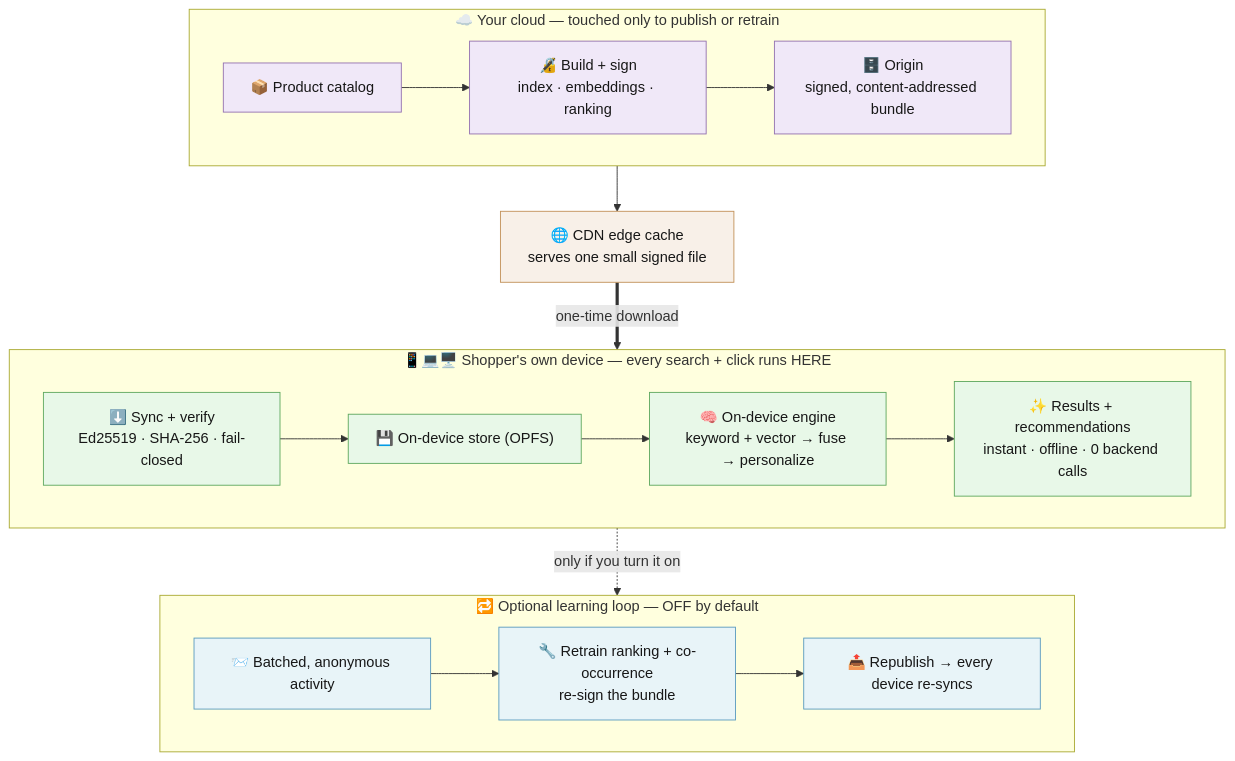
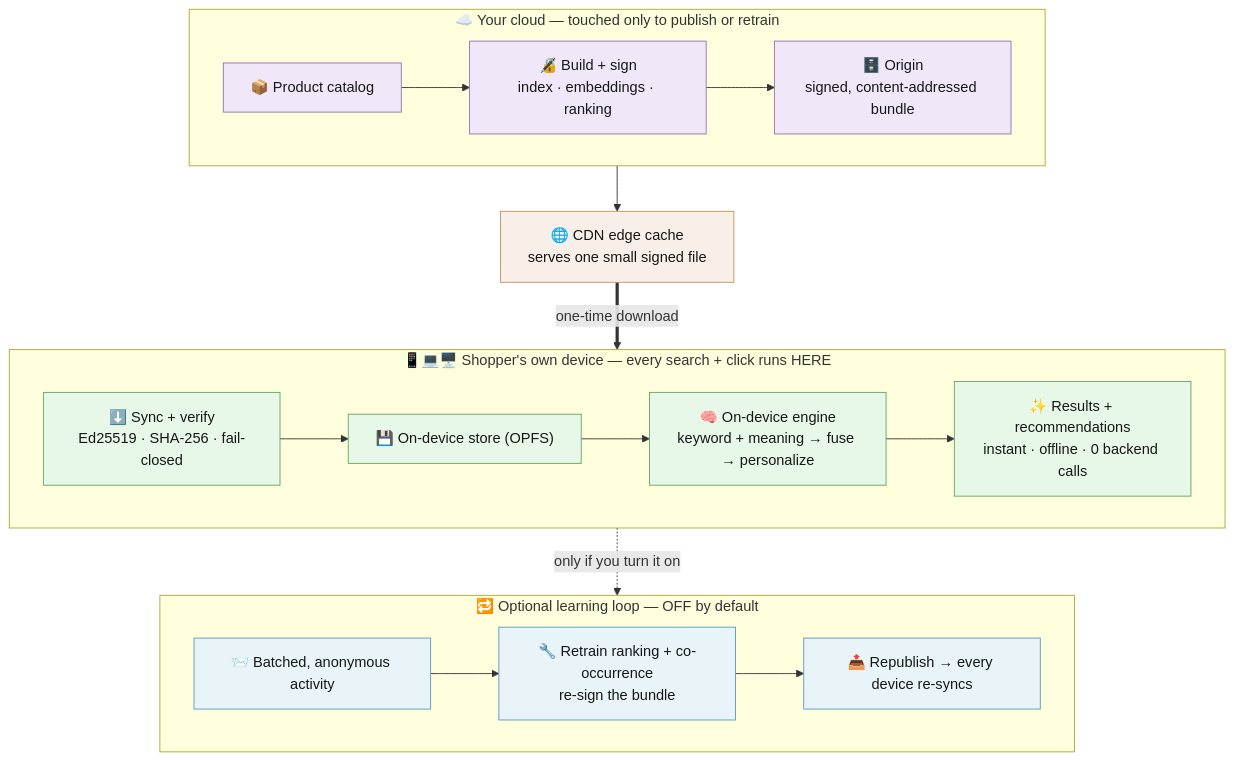
Before and after one commit to hseshadr/edge-reco: the diagram in README.md, drawn with Mermaid. The commit also changed other lines of this file and 2 other files, not shown here.

````diff
--- a/README.md
+++ b/README.md
@@ -198,26 +208,26 @@
 ```mermaid
 flowchart TB
   subgraph cloud["☁️ Your cloud — touched only to publish or retrain"]
     direction LR
     cat["📦 Product catalog"] --> build["🔏 Build + sign<br>index · embeddings · ranking"] --> origin["🗄️ Origin<br>signed, content-addressed bundle"]
   end
   origin --> edge["🌐 CDN edge cache<br>serves one small signed file"]
   edge ==>|"one-time download"| sync
   subgraph device["📱💻🖥️ Shopper's own device — every search + click runs HERE"]
     direction LR
-    sync["⬇️ Sync + verify<br>Ed25519 · SHA-256 · fail-closed"] --> opfs["💾 On-device store (OPFS)"] --> engine["🧠 On-device engine<br>keyword + vector → fuse → personalize"] --> recs["✨ Results + recommendations<br>instant · offline · 0 backend calls"]
+    sync["⬇️ Sync + verify<br>Ed25519 · SHA-256 · fail-closed"] --> opfs["💾 On-device store (OPFS)"] --> engine["🧠 On-device engine<br>keyword + meaning → fuse → personalize"] --> recs["✨ Results + recommendations<br>instant · offline · 0 backend calls"]
   end
   subgraph learn["🔁 Optional learning loop — OFF by default"]
     direction LR
     uplink["📨 Batched, anonymous activity"] --> retrain["🔧 Retrain ranking + co-occurrence<br>re-sign the bundle"] --> republish["📤 Republish → every device re-syncs"]
   end
   recs -.->|"only if you turn it on"| uplink
   classDef cloudCls fill:#f0e8f8,stroke:#9472b0,color:#171717;
   classDef edgeCls fill:#f8f0e8,stroke:#c2925a,color:#171717;
   classDef deviceCls fill:#e8f8e8,stroke:#5fa85f,color:#171717;
   classDef learnCls fill:#e8f4f8,stroke:#5b9bbf,color:#171717;
   class cat,build,origin cloudCls;
   class edge edgeCls;
   class sync,opfs,engine,recs deviceCls;
   class uplink,retrain,republish learnCls;
 ```
````
